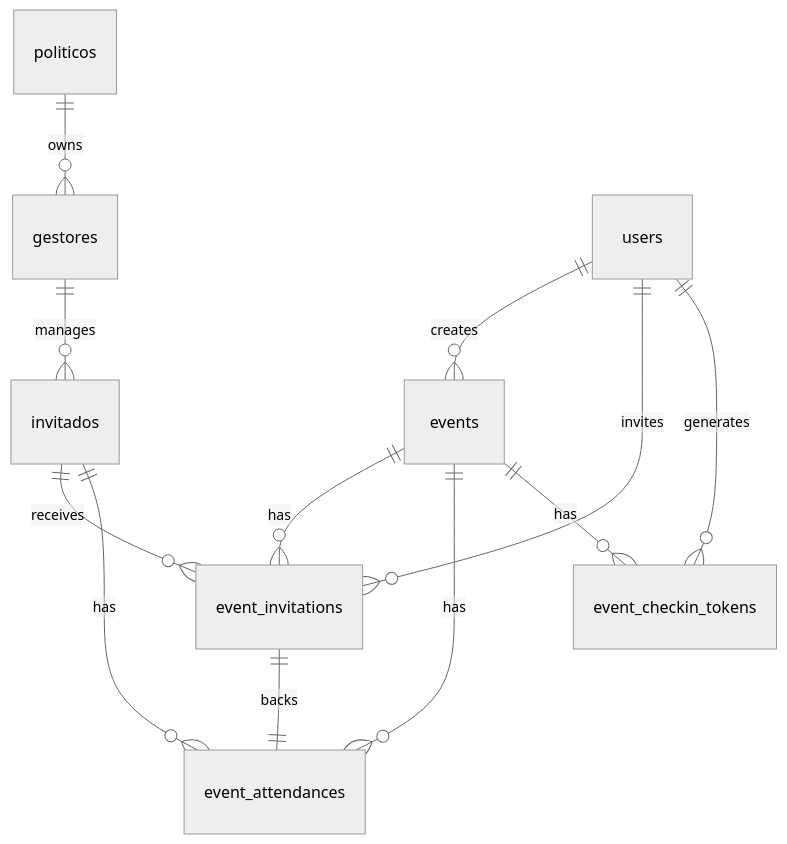
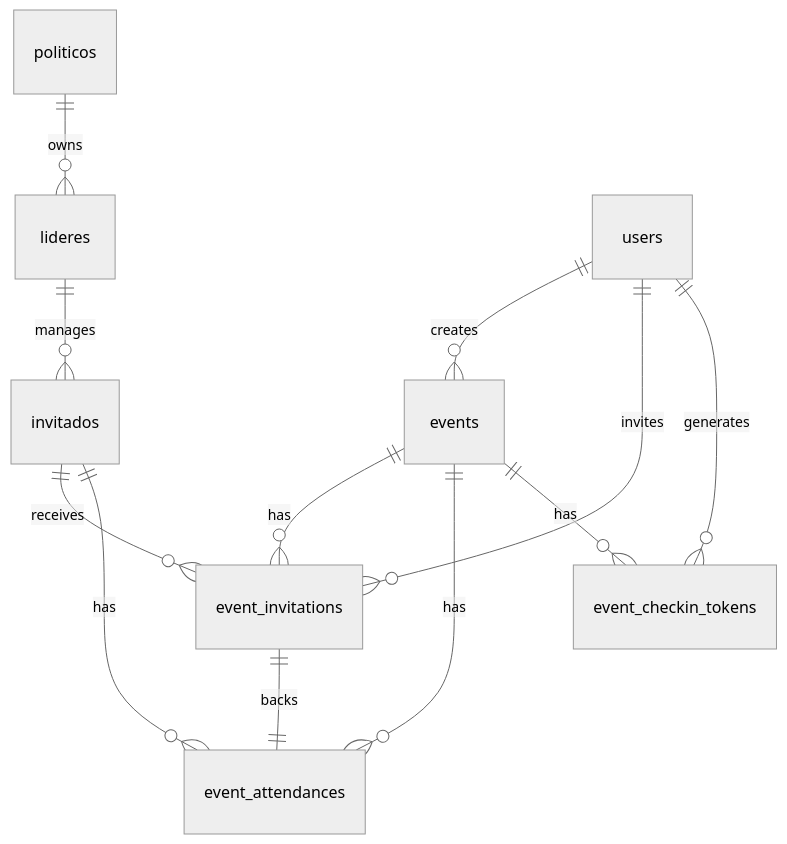
The diagram in docs/database.md (Westfold-Advisory/aditsystem-backend), drawn with Mermaid (neutral theme) before and after one commit. The commit also changed other lines of this file and 14 other files, not shown here.

````diff
--- a/docs/database.md
+++ b/docs/database.md
@@ -197,14 +197,14 @@
 ```mermaid
 erDiagram
-  politicos ||--o{ gestores : owns
-  gestores ||--o{ invitados : manages
+  politicos ||--o{ lideres : owns
+  lideres ||--o{ invitados : manages
   invitados ||--o{ event_invitations : receives
   invitados ||--o{ event_attendances : has
   users ||--o{ events : creates
   users ||--o{ event_invitations : invites
   users ||--o{ event_checkin_tokens : generates
   events ||--o{ event_invitations : has
   events ||--o{ event_attendances : has
   events ||--o{ event_checkin_tokens : has
   event_invitations ||--|| event_attendances : backs
 ```
````
